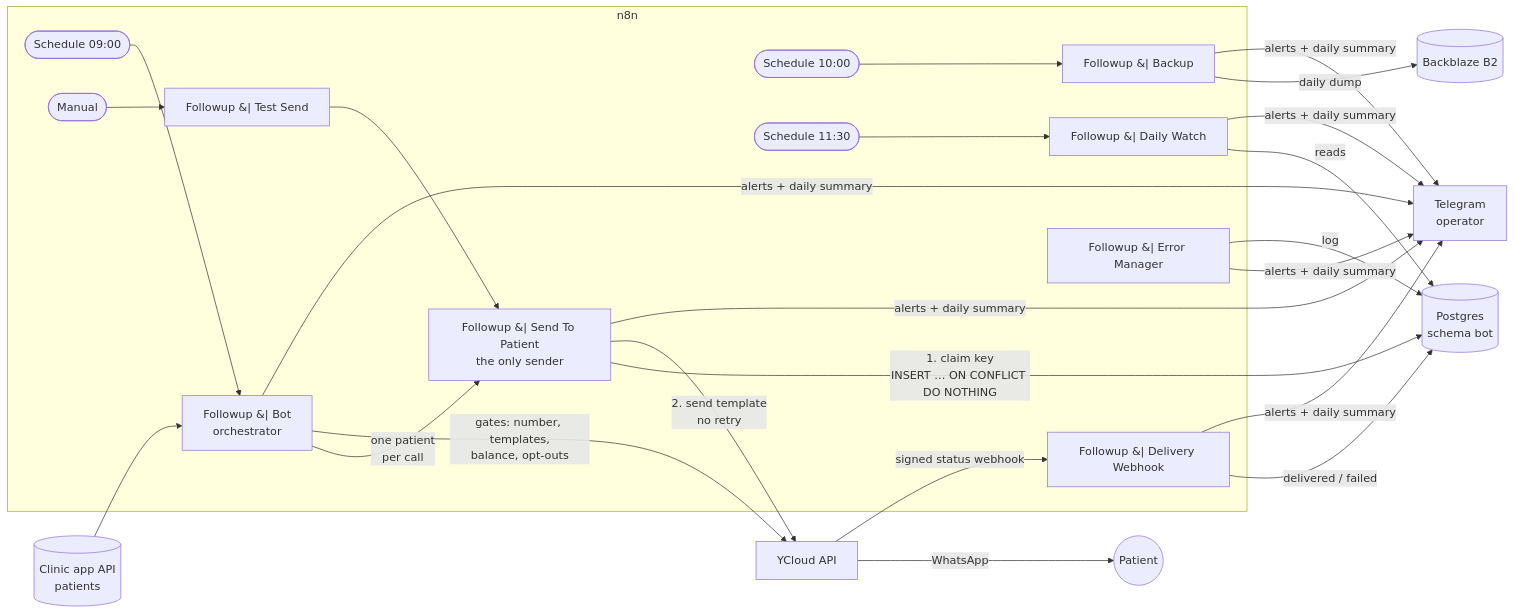
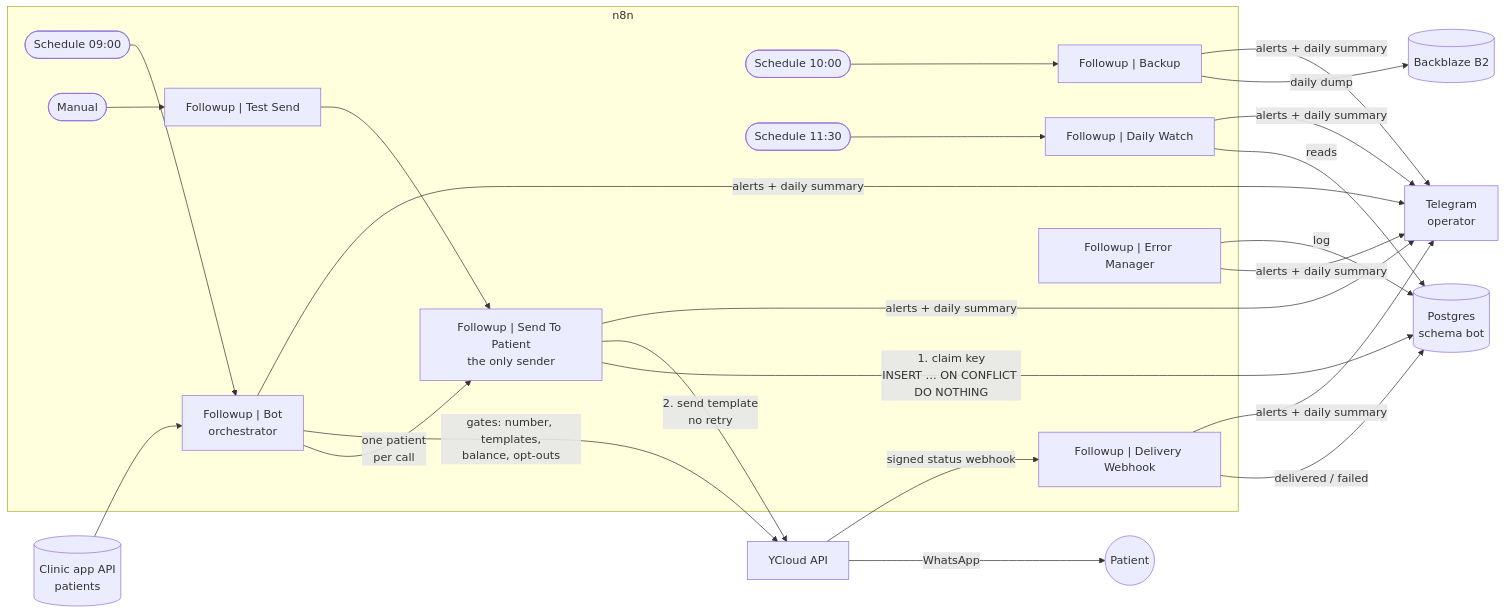
Before and after one commit to xJDevs/n8n-followup-bot: the diagram in README.md, drawn with Mermaid.

Commit message:
docs: fix mermaid diagram rendering on GitHub
GitHub decodes &#124; to a literal pipe before passing the block to
Mermaid, which then reads it as an edge-label delimiter and fails to
parse. Quote the node labels that contain "Followup | ..." instead.

Claude-Session: https://claude.ai/code/session_014yTwhStahRhxcNTmjPooTu

````diff
--- a/README.md
+++ b/README.md
@@ -28,23 +28,23 @@
 ```mermaid
 flowchart LR
     subgraph n8n
-        SCH([Schedule 09:00]) --> BOT[Followup &#124; Bot<br/>orchestrator]
-        BOT -->|one patient<br/>per call| SEND[Followup &#124; Send To Patient<br/>the only sender]
-        TEST([Manual]) --> TS[Followup &#124; Test Send] --> SEND
-        HOOK[Followup &#124; Delivery Webhook]
-        BK([Schedule 10:00]) --> BACKUP[Followup &#124; Backup]
-        WT([Schedule 11:30]) --> WATCH[Followup &#124; Daily Watch]
-        ERR[Followup &#124; Error Manager]
+        SCH([Schedule 09:00]) --> BOT["Followup | Bot<br/>orchestrator"]
+        BOT -->|one patient<br/>per call| SEND["Followup | Send To Patient<br/>the only sender"]
+        TEST([Manual]) --> TS["Followup | Test Send"] --> SEND
+        HOOK["Followup | Delivery Webhook"]
+        BK([Schedule 10:00]) --> BACKUP["Followup | Backup"]
+        WT([Schedule 11:30]) --> WATCH["Followup | Daily Watch"]
+        ERR["Followup | Error Manager"]
     end
 
     APP[(Clinic app API<br/>patients)] --> BOT
     BOT -->|gates: number, templates,<br/>balance, opt-outs| YC[YCloud API]
     SEND -->|1. claim key<br/>INSERT … ON CONFLICT DO NOTHING| DB[(Postgres<br/>schema bot)]
     SEND -->|2. send template<br/>no retry| YC
     YC -->|WhatsApp| P((Patient))
     YC -->|signed status webhook| HOOK -->|delivered / failed| DB
     BACKUP -->|daily dump| B2[(Backblaze B2)]
     WATCH -->|reads| DB
     BOT & SEND & HOOK & BACKUP & WATCH & ERR -->|alerts + daily summary| TG[Telegram<br/>operator]
     ERR -->|log| DB
 ```
````
